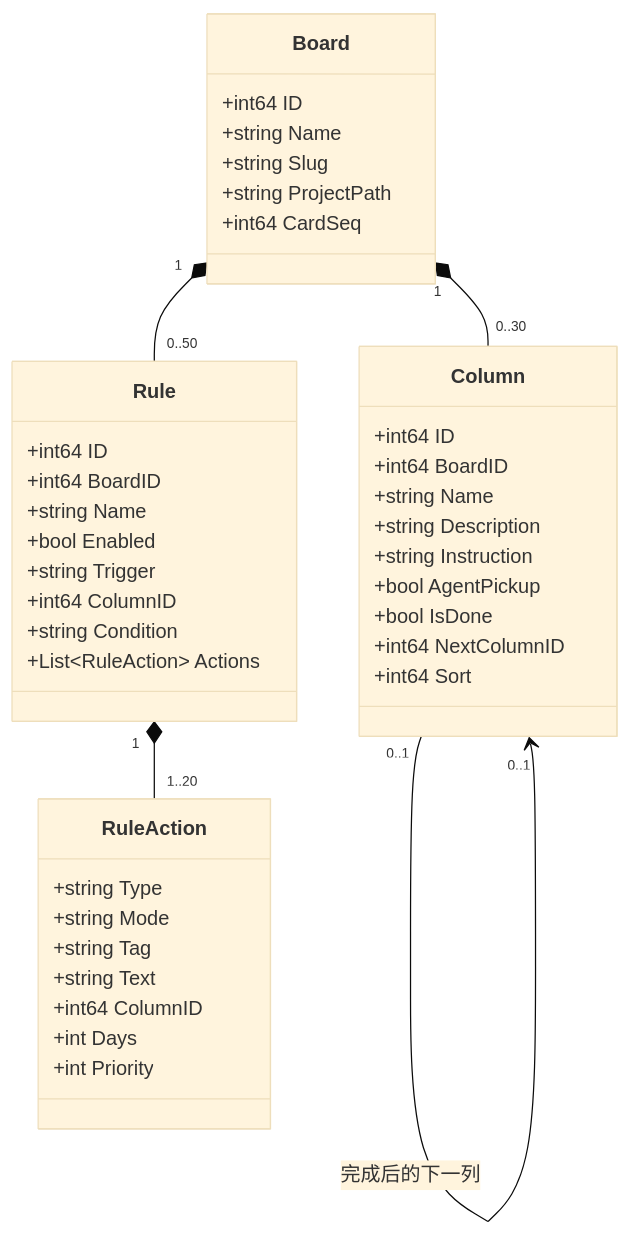
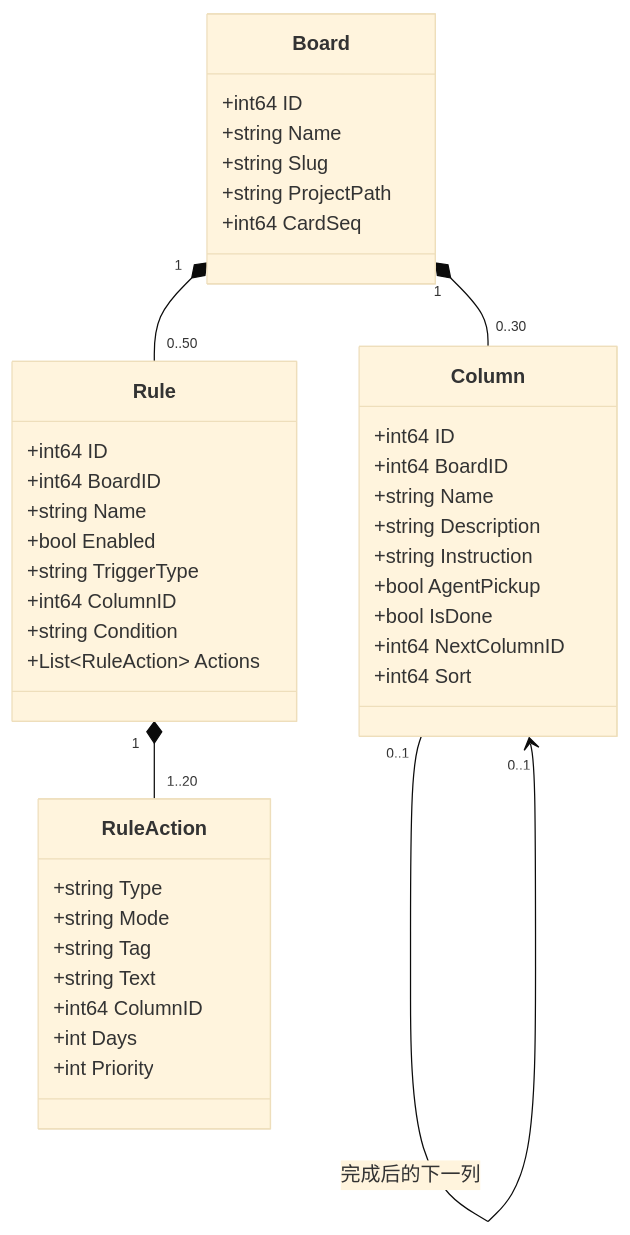
The second of 4 diagrams in .cursor/scopes/domain-class-diagram.md (ixugo/slate-kanban), drawn with Mermaid (base theme) before and after one commit.

Commit message:
docs: 修正类图里规则的触发字段名

````diff
--- a/.cursor/scopes/domain-class-diagram.md
+++ b/.cursor/scopes/domain-class-diagram.md
@@ -31,44 +31,44 @@
 ```mermaid
 classDiagram
     class Board {
         +int64 ID
         +string Name
         +string Slug
         +string ProjectPath
         +int64 CardSeq
     }
     class Column {
         +int64 ID
         +int64 BoardID
         +string Name
         +string Description
         +string Instruction
         +bool AgentPickup
         +bool IsDone
         +int64 NextColumnID
         +int64 Sort
     }
     class Rule {
         +int64 ID
         +int64 BoardID
         +string Name
         +bool Enabled
-        +string Trigger
+        +string TriggerType
         +int64 ColumnID
         +string Condition
         +List~RuleAction~ Actions
     }
     class RuleAction {
         +string Type
         +string Mode
         +string Tag
         +string Text
         +int64 ColumnID
         +int Days
         +int Priority
     }
     Board "1" *-- "0..30" Column
     Board "1" *-- "0..50" Rule
     Rule "1" *-- "1..20" RuleAction
     Column "0..1" --> "0..1" Column : 完成后的下一列
 ```
````
